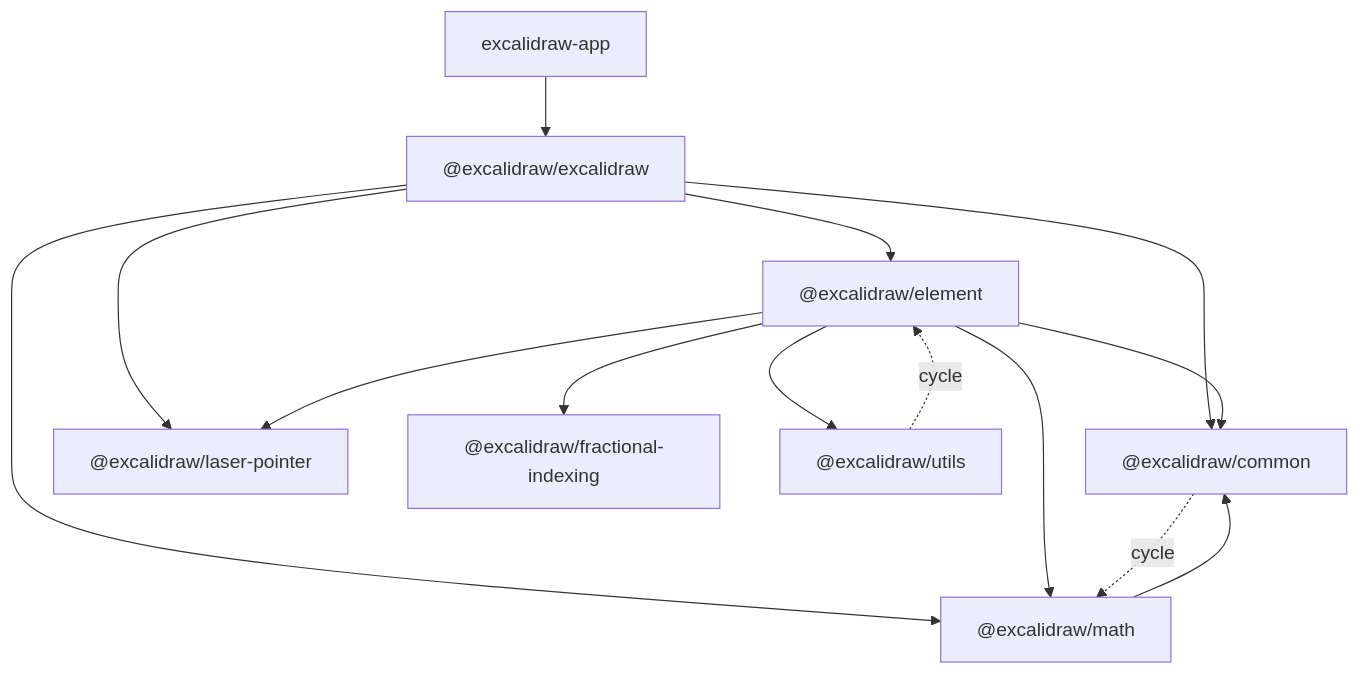
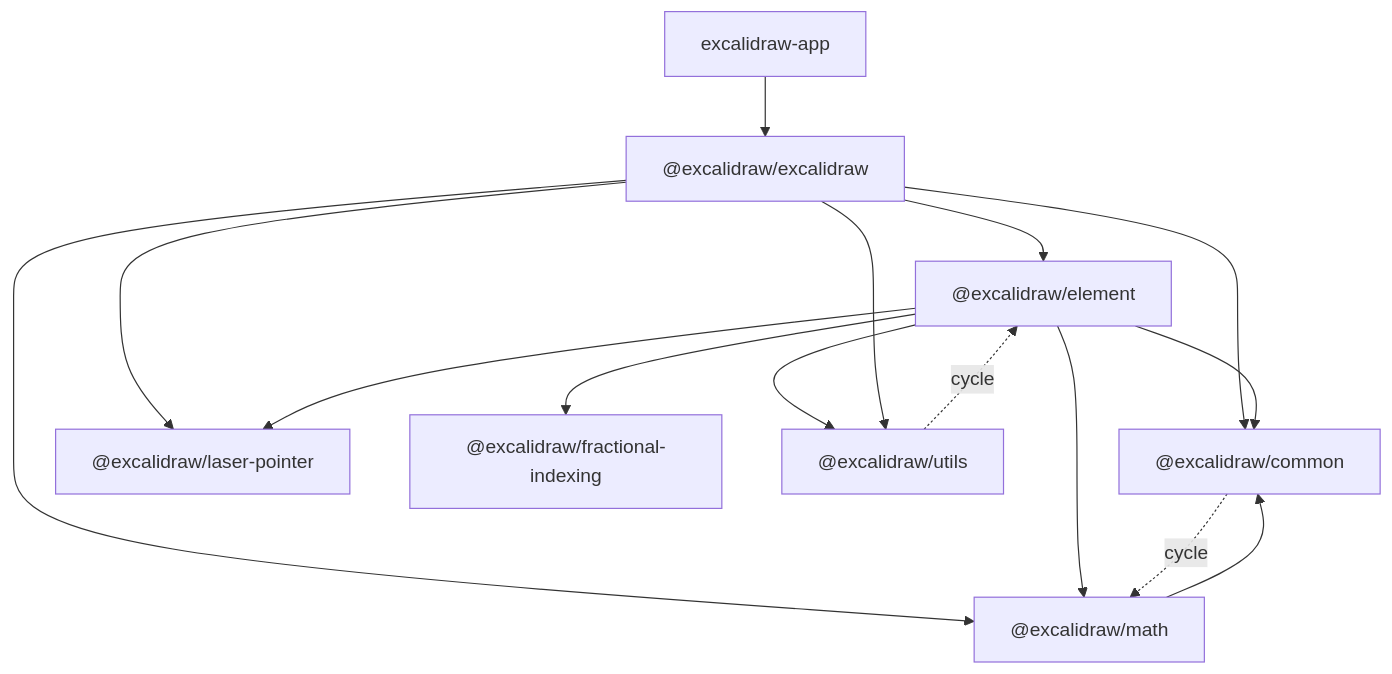
Before and after one commit to unobravo/whiteboard-fe: the first of 4 diagrams in docs/ARCHITECTURE.md, drawn with Mermaid. The commit also changed other lines of this file, not shown here.

````diff
--- a/docs/ARCHITECTURE.md
+++ b/docs/ARCHITECTURE.md
@@ -33,16 +33,17 @@
 ```mermaid
 graph TD
   app["excalidraw-app"] --> editor["@excalidraw/excalidraw"]
   editor --> element["@excalidraw/element"]
   editor --> common["@excalidraw/common"]
   editor --> math["@excalidraw/math"]
   editor --> lp["@excalidraw/laser-pointer"]
   element --> common
   element --> math
   element --> fi["@excalidraw/fractional-indexing"]
   element --> lp
   element --> utils["@excalidraw/utils"]
   utils -. cycle .-> element
+  editor --> utils
   math --> common
   common -. cycle .-> math
 ```
````
